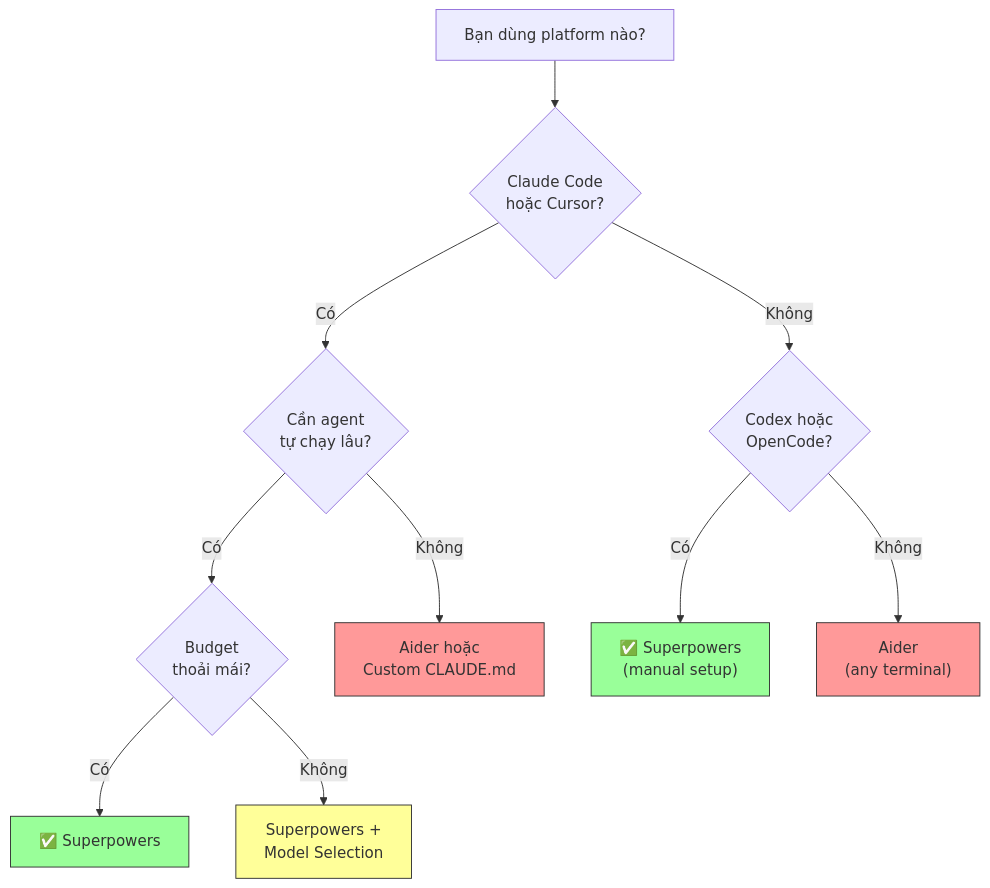
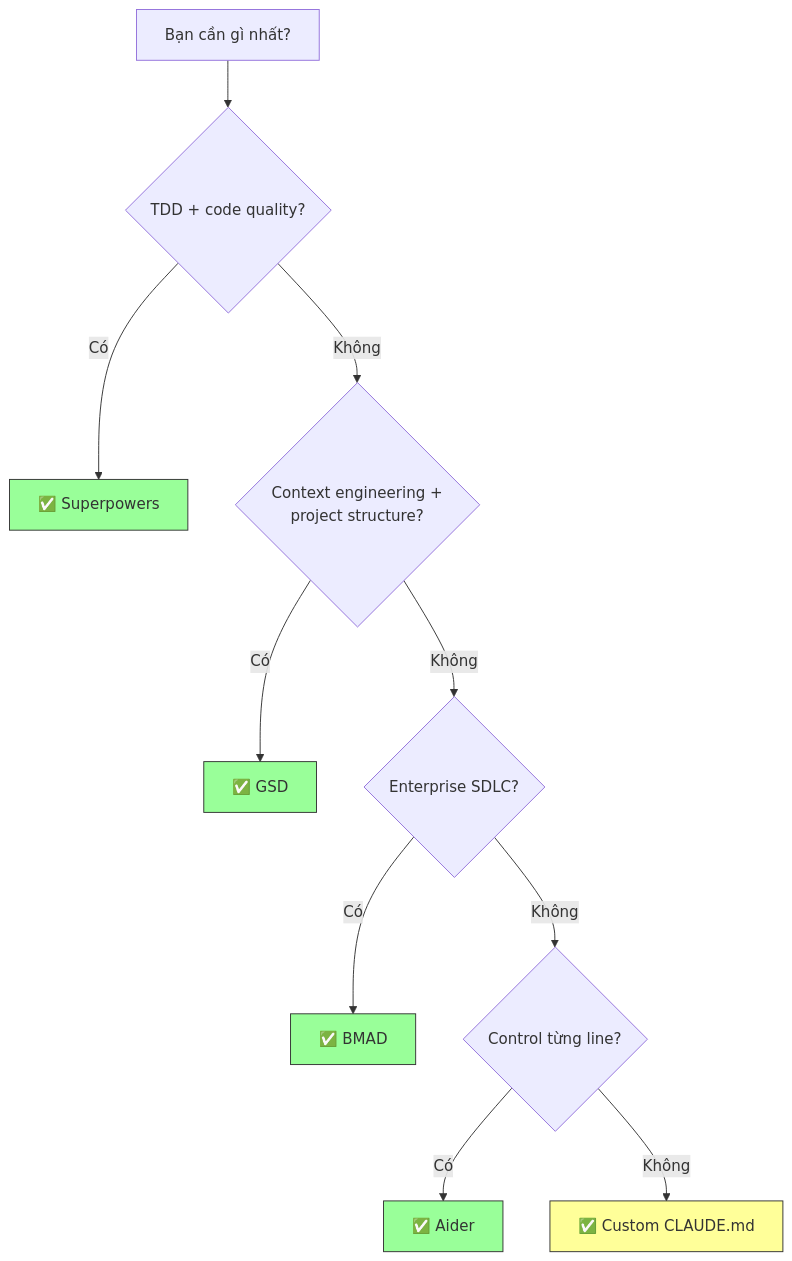
Before and after one commit to thientranhung/agentic-coding-lab: the second of 2 diagrams in vn/superpowers/3. Decision Guide.md, drawn with Mermaid. The commit also changed other lines of this file and 14 other files, not shown here.

Commit message:
docs: update Vietnamese docs for bmad-method, get-shit-done, superpowers

````diff
--- a/vn/superpowers/3. Decision Guide.md
+++ b/vn/superpowers/3. Decision Guide.md
@@ -306,21 +224,18 @@
 ```mermaid
 flowchart TD
-    A["Bạn dùng platform nào?"] --> B{"Claude Code\nhoặc Cursor?"}
-    B -->|"Có"| C{"Cần agent\ntự chạy lâu?"}
-    B -->|"Không"| D{"Codex hoặc\nOpenCode?"}
+    A["Bạn cần gì nhất?"] --> B{"TDD + code quality?"}
+    B -->|"Có"| C["✅ Superpowers"]
+    B -->|"Không"| D{"Context engineering +<br/>project structure?"}
+    D -->|"Có"| E["✅ GSD"]
+    D -->|"Không"| F{"Enterprise SDLC?"}
+    F -->|"Có"| G["✅ BMAD"]
+    F -->|"Không"| H{"Control từng line?"}
+    H -->|"Có"| I["✅ Aider"]
+    H -->|"Không"| J["✅ Custom CLAUDE.md"]
 
-    C -->|"Có"| E{"Budget\nthoải mái?"}
-    C -->|"Không"| F["Aider hoặc\nCustom CLAUDE.md"]
-
-    E -->|"Có"| G["✅ Superpowers"]
-    E -->|"Không"| H["Superpowers +\nModel Selection"]
-
-    D -->|"Có"| I["✅ Superpowers\n(manual setup)"]
-    D -->|"Không"| J["Aider\n(any terminal)"]
-
+    style C fill:#9f9,stroke:#333
+    style E fill:#9f9,stroke:#333
     style G fill:#9f9,stroke:#333
-    style H fill:#ff9,stroke:#333
-    style F fill:#f99,stroke:#333
     style I fill:#9f9,stroke:#333
-    style J fill:#f99,stroke:#333
+    style J fill:#ff9,stroke:#333
 ```
````
